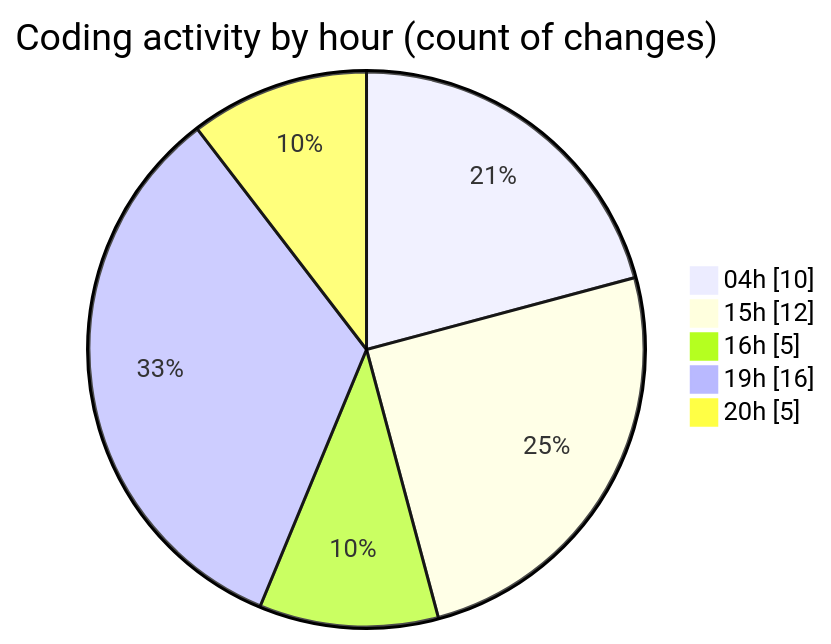
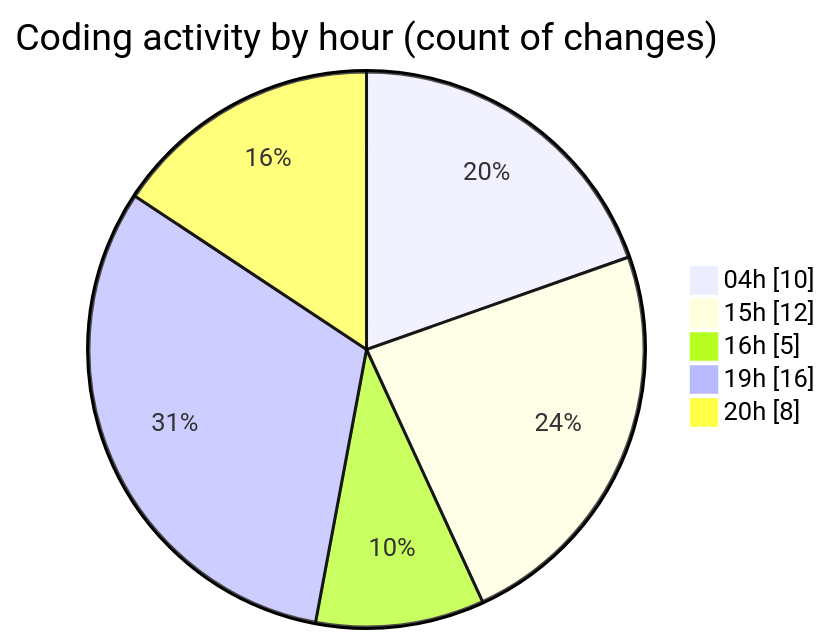
The second of 2 diagrams in 2025-03-17/sharpmasm/README.md (charlie-sans/code-tracking), drawn with Mermaid before and after one commit. The commit also changed other lines of this file and 1 other file, not shown here.

````diff
--- a/2025-03-17/sharpmasm/README.md
+++ b/2025-03-17/sharpmasm/README.md
@@ -36,9 +36,9 @@
 ```mermaid
 pie showData
 title Coding activity by hour (count of changes)
 "04h" : 10
 "15h" : 12
 "16h" : 5
 "19h" : 16
-"20h" : 5
+"20h" : 8
 ```
````
